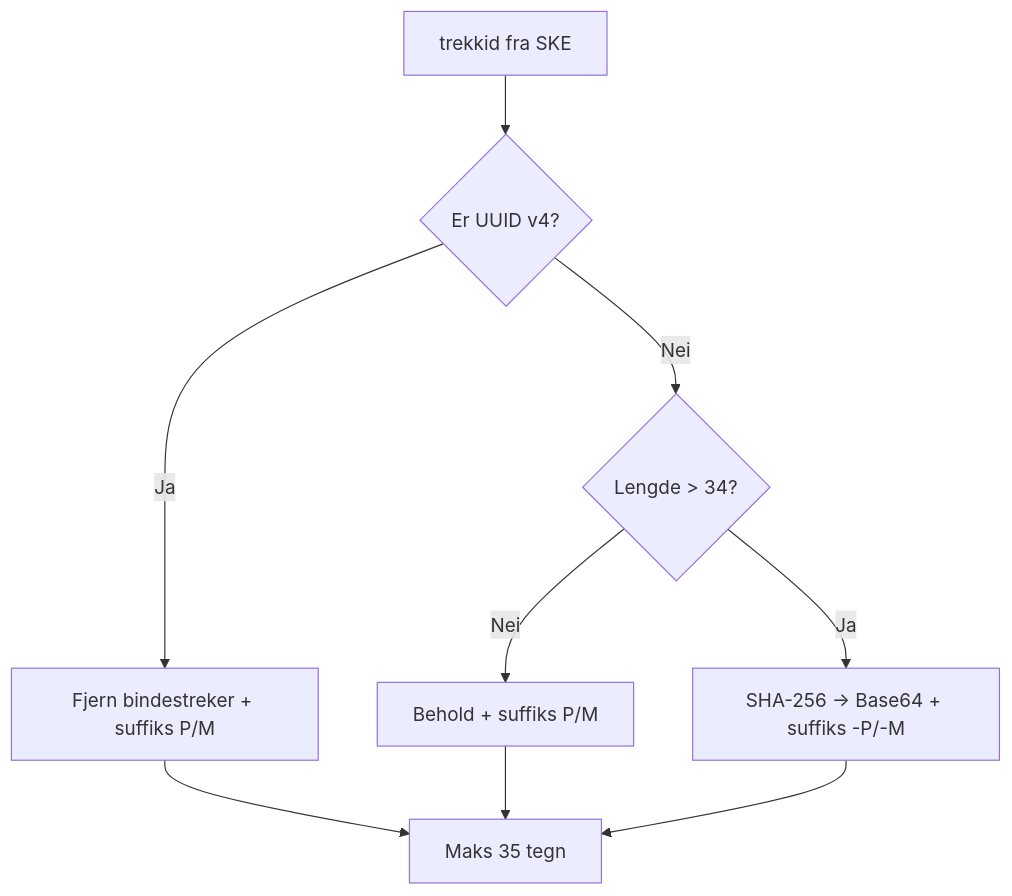
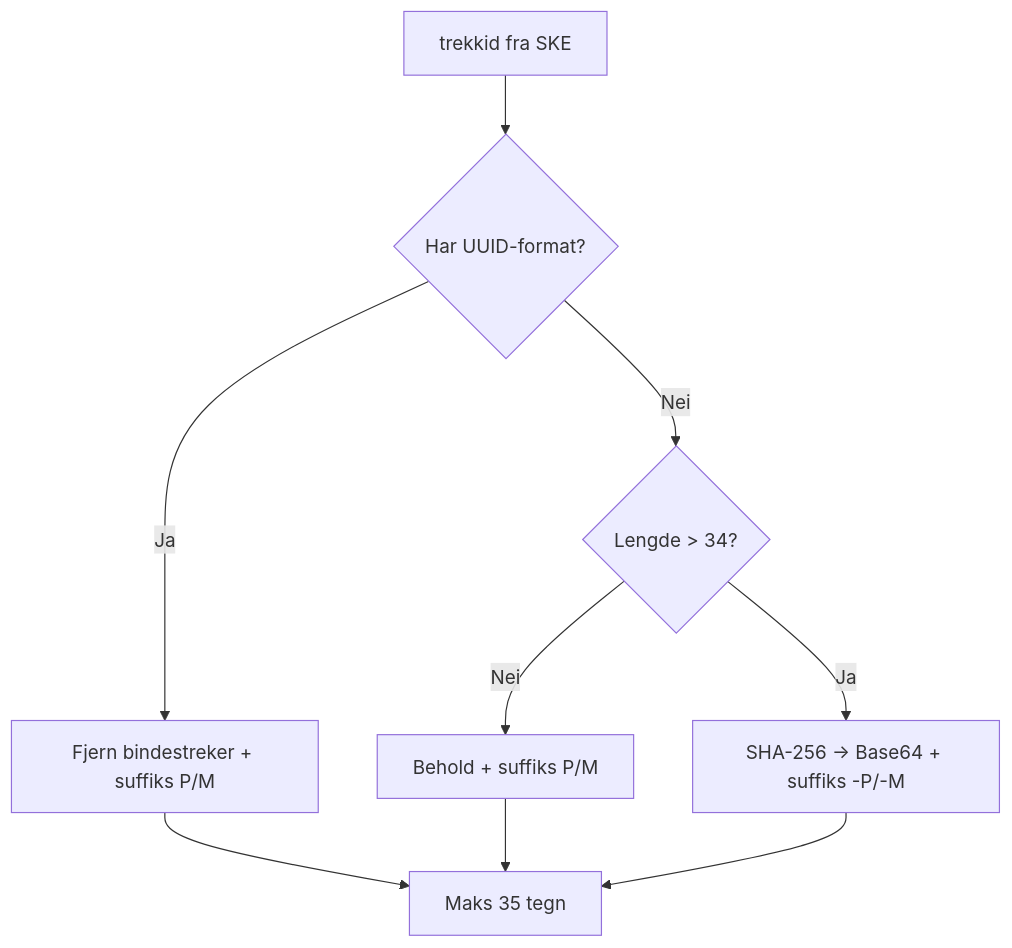
Before and after one commit to navikt/sokos-utleggstrekk: the second of 3 diagrams in dokumentasjon/kodestruktur/README.md, drawn with Mermaid. The commit also changed other lines of this file and 26 other files, not shown here.

````diff
--- a/dokumentasjon/kodestruktur/README.md
+++ b/dokumentasjon/kodestruktur/README.md
@@ -191,12 +191,12 @@
 ```mermaid
 flowchart TD
-    A[trekkid fra SKE] --> B{Er UUID v4?}
+    A[trekkid fra SKE] --> B{Har UUID-format?}
     B -->|Ja| C[Fjern bindestreker + suffiks P/M]
     B -->|Nei| D{Lengde > 34?}
     D -->|Nei| E[Behold + suffiks P/M]
     D -->|Ja| F[SHA-256 -> Base64 + suffiks -P/-M]
 
     C --> G[Maks 35 tegn]
     E --> G
     F --> G
 ```
````
